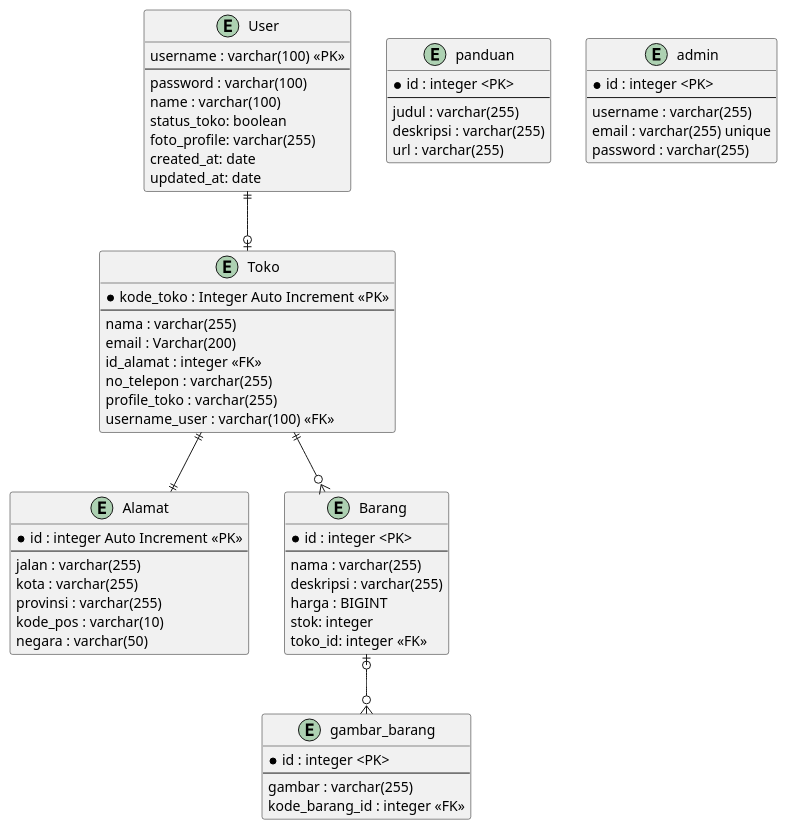
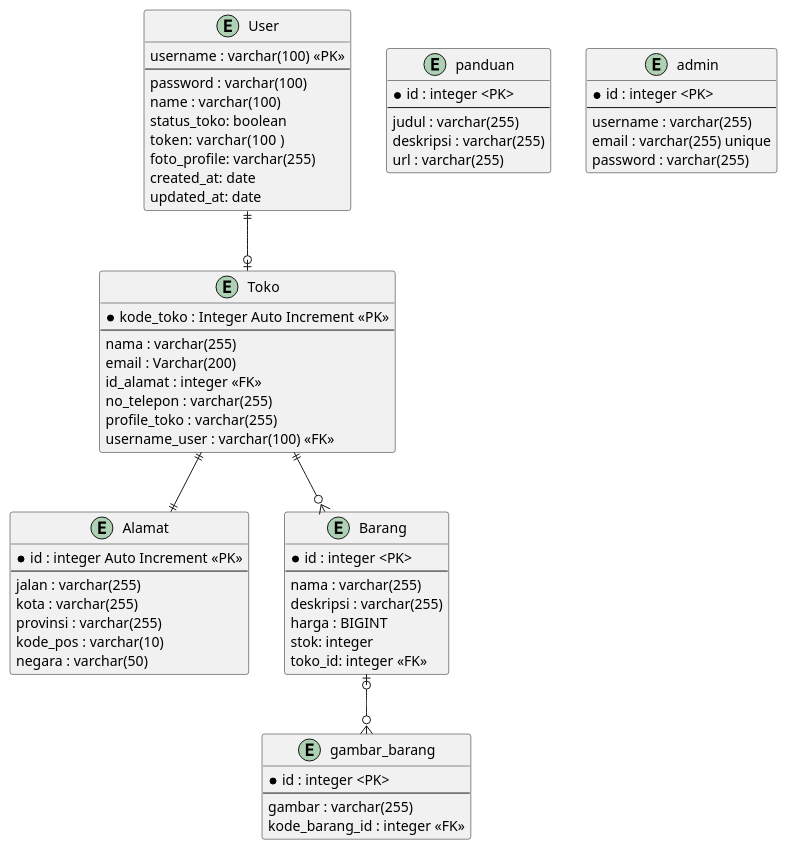
One commit to ahmadihsanullah/gea-rent-api changed the diagram in db-design.puml. Above: the diagram before and after it, drawn with PlantUML. The commit also changed 1 other file, not shown here.

```diff
--- a/db-design.puml
+++ b/db-design.puml
@@ -1,72 +1,73 @@
 @startuml
 
 entity User {
     username : varchar(100) <<PK>>
     --
     password : varchar(100)
     name : varchar(100)
-    status_toko: boolean  
+    status_toko: boolean
+    token: varchar(100  )  
     foto_profile: varchar(255)
     created_at: date
     updated_at: date
 }
 
 entity Toko {
     * kode_toko : Integer Auto Increment <<PK>>
     --
     nama : varchar(255)
     email : Varchar(200)
     id_alamat : integer <<FK>>
     no_telepon : varchar(255)
     profile_toko : varchar(255)
     username_user : varchar(100) <<FK>>
 }
 
 entity Alamat {
     * id : integer Auto Increment <<PK>> 
     --
     jalan : varchar(255)
     kota : varchar(255) 
     provinsi : varchar(255)
     kode_pos : varchar(10)
     negara : varchar(50)
 }
 entity Barang {
     * id : integer <PK> 
     --
     nama : varchar(255)
     deskripsi : varchar(255) 
     harga : BIGINT
     stok: integer
     toko_id: integer <<FK>>
 }
 
 entity gambar_barang{
      * id : integer <PK> 
     --
     gambar : varchar(255)
     kode_barang_id : integer <<FK>>
 }
 
 
 entity panduan{
      * id : integer <PK> 
     --
     judul : varchar(255)
     deskripsi : varchar(255)
     url : varchar(255)
 }
 
 entity admin{
      * id : integer <PK> 
     --
     username : varchar(255)
     email : varchar(255) unique
     password : varchar(255)
 }
 
 User||--o|Toko
 Toko ||--o{Barang
 Barang |o--o{gambar_barang
 Toko ||--||Alamat
 @enduml
```
